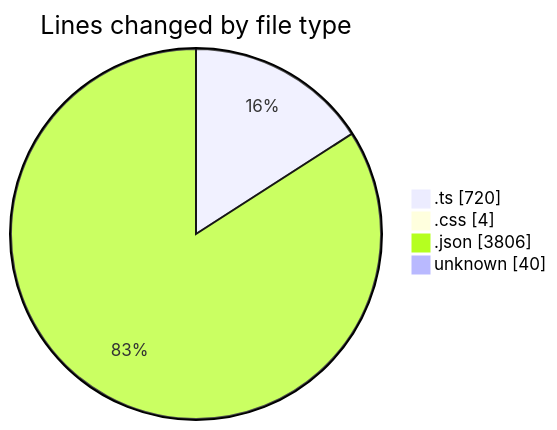
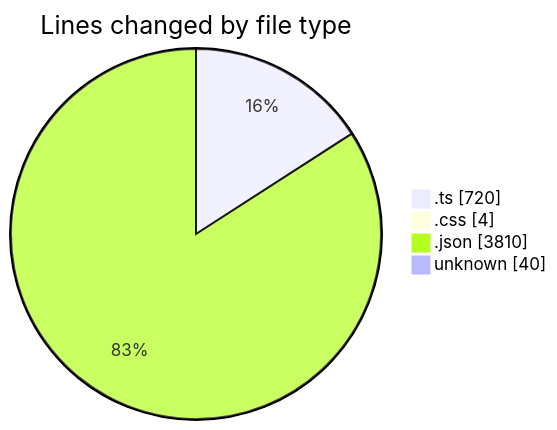
One commit to EIIisD/code-tracking changed the first of 2 diagrams in 2025-07-13/tampermonkey/README.md. Above: the diagram before and after it, drawn with Mermaid. The commit also changed other lines of this file and 1 other file, not shown here.

````diff
--- a/2025-07-13/tampermonkey/README.md
+++ b/2025-07-13/tampermonkey/README.md
@@ -33,8 +33,8 @@
 ```mermaid
 pie showData
 title Lines changed by file type
 ".ts" : 720
 ".css" : 4
-".json" : 3806
+".json" : 3810
 "unknown" : 40
 ```
````
